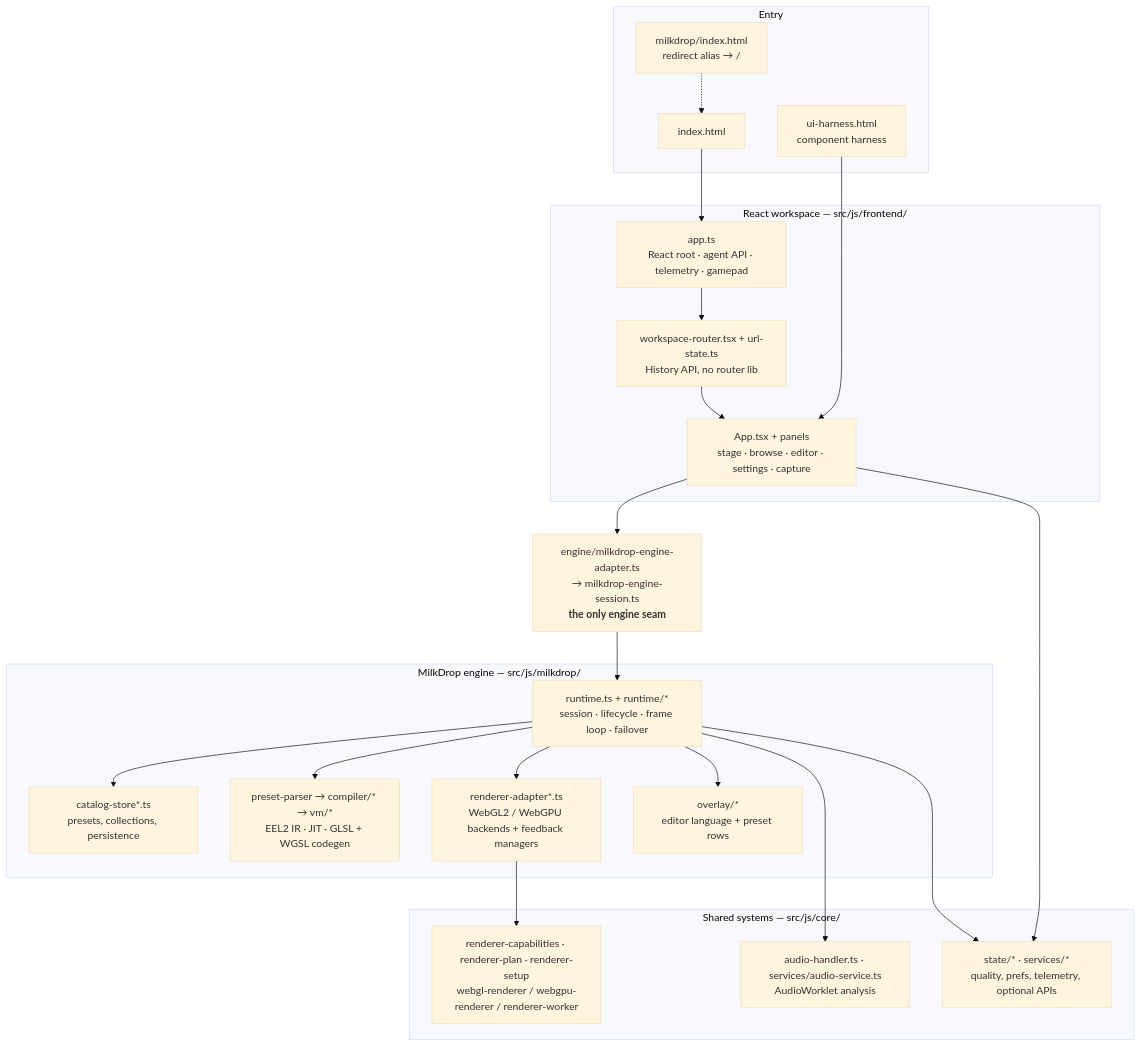
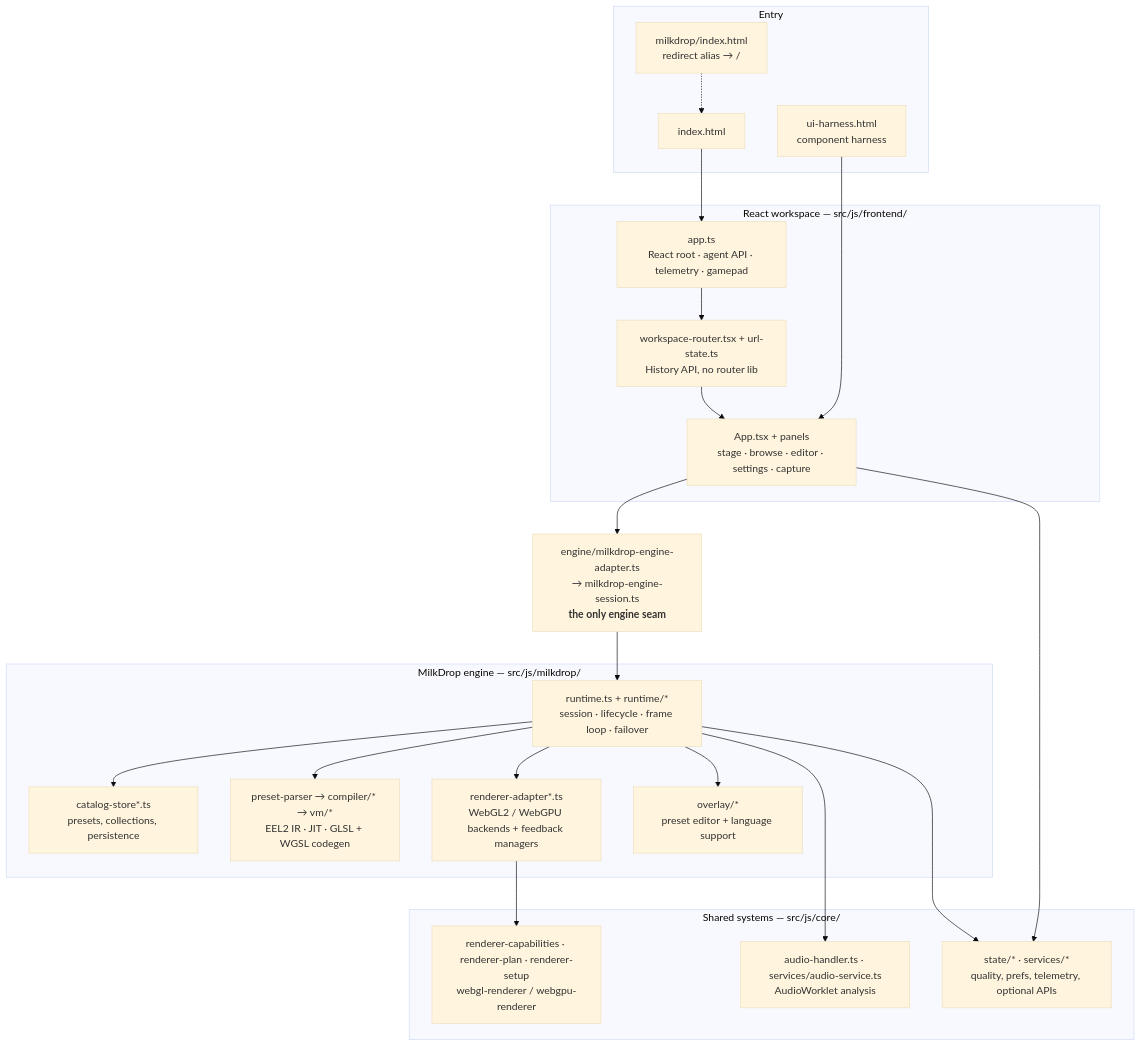
The first of 2 diagrams in docs/ARCHITECTURE.md (zz-plant/stims), drawn with Mermaid (base theme) before and after one commit. The commit also changed other lines of this file and 18 other files, not shown here.

````diff
--- a/docs/ARCHITECTURE.md
+++ b/docs/ARCHITECTURE.md
@@ -21,45 +21,45 @@
 ```mermaid
 flowchart TB
   subgraph shell["Entry"]
     Entry["index.html"]
     Alias["milkdrop/index.html<br/>redirect alias → /"]
     Harness["ui-harness.html<br/>component harness"]
   end
 
   subgraph react["React workspace — src/js/frontend/"]
     App["app.ts<br/>React root · agent API · telemetry · gamepad"]
     Router["workspace-router.tsx + url-state.ts<br/>History API, no router lib"]
     UI["App.tsx + panels<br/>stage · browse · editor · settings · capture"]
   end
 
   Adapter["engine/milkdrop-engine-adapter.ts<br/>→ milkdrop-engine-session.ts<br/><b>the only engine seam</b>"]
 
   subgraph engine["MilkDrop engine — src/js/milkdrop/"]
     Runtime["runtime.ts + runtime/*<br/>session · lifecycle · frame loop · failover"]
     Catalog["catalog-store*.ts<br/>presets, collections, persistence"]
     Compile["preset-parser → compiler/* → vm/*<br/>EEL2 IR · JIT · GLSL + WGSL codegen"]
     RAdapter["renderer-adapter*.ts<br/>WebGL2 / WebGPU backends + feedback managers"]
-    Overlay["overlay/*<br/>editor language + preset rows"]
+    Overlay["overlay/*<br/>preset editor + language support"]
   end
 
   subgraph core["Shared systems — src/js/core/"]
     Audio["audio-handler.ts · services/audio-service.ts<br/>AudioWorklet analysis"]
-    Render["renderer-capabilities · renderer-plan · renderer-setup<br/>webgl-renderer / webgpu-renderer / renderer-worker"]
+    Render["renderer-capabilities · renderer-plan · renderer-setup<br/>webgl-renderer / webgpu-renderer"]
     State["state/* · services/*<br/>quality, prefs, telemetry, optional APIs"]
   end
 
   Entry --> App
   Alias -.-> Entry
   Harness --> UI
   App --> Router --> UI
   UI --> Adapter
   UI --> State
   Adapter --> Runtime
   Runtime --> Catalog
   Runtime --> Compile
   Runtime --> RAdapter
   Runtime --> Overlay
   Runtime --> Audio
   RAdapter --> Render
   Runtime --> State
 ```
````
